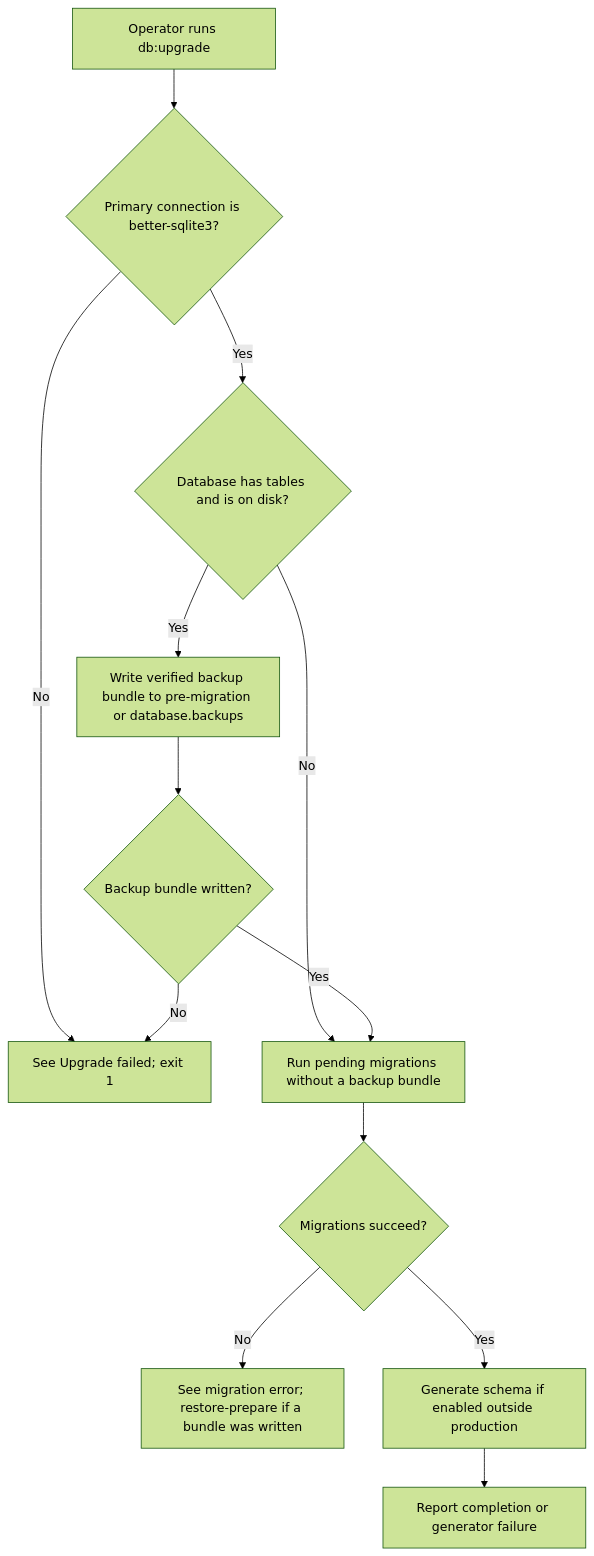
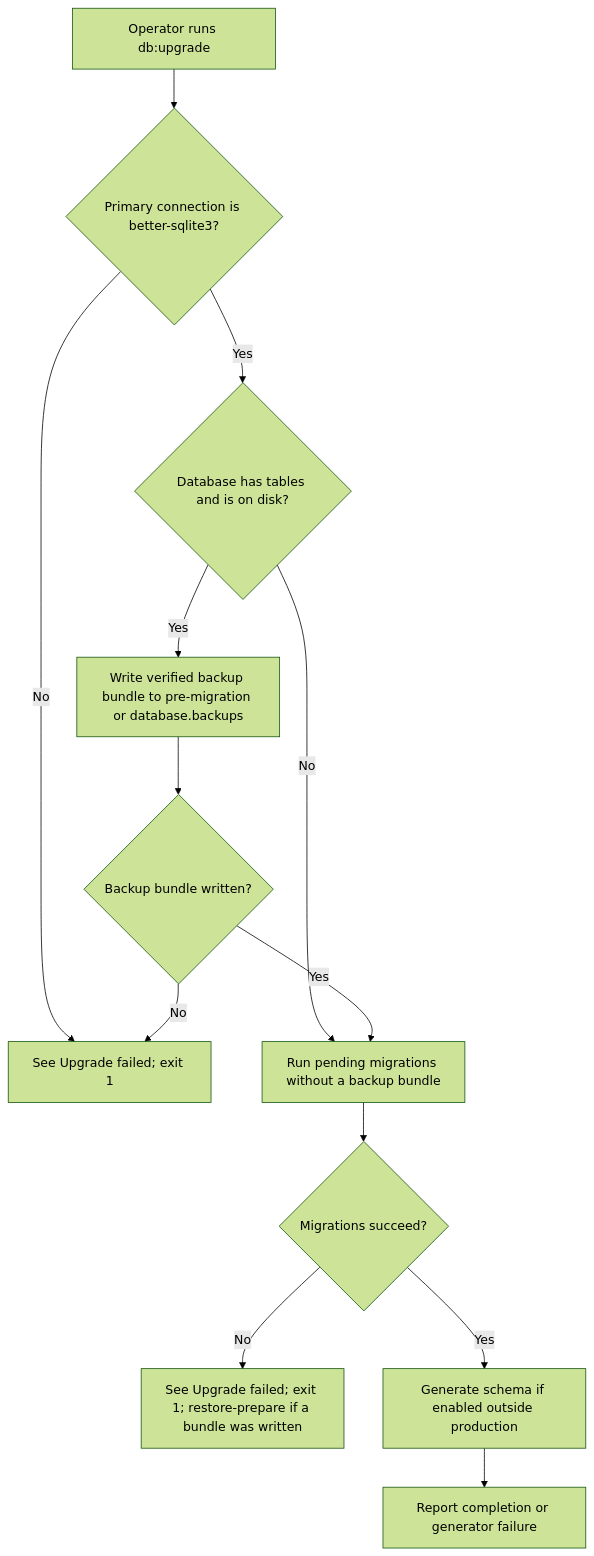
One commit to Kevinjohn/oss-adonisjs-sqlite-backup changed the first of 2 diagrams in user-stories/upgrade-database/us-op-06-upgrade-database.md. Above: the diagram before and after it, drawn with Mermaid (forest theme). The commit also changed other lines of this file and 5 other files, not shown here.

First line of the commit message:
Report a failed db:upgrade migration as one line without a stack trace

````diff
--- a/user-stories/upgrade-database/us-op-06-upgrade-database.md
+++ b/user-stories/upgrade-database/us-op-06-upgrade-database.md
@@ -27,15 +27,15 @@
 ```mermaid
 flowchart TD
     A["Operator runs db:upgrade"] --> B{"Primary connection is better-sqlite3?"}
     B -->|No| C["See Upgrade failed; exit 1"]
     B -->|Yes| D{"Database has tables and is on disk?"}
     D -->|No| G["Run pending migrations without a backup bundle"]
     D -->|Yes| E["Write verified backup bundle to pre-migration or database.backups"]
     E --> F{"Backup bundle written?"}
     F -->|No| C
     F -->|Yes| G
     G --> H{"Migrations succeed?"}
-    H -->|No| I["See migration error; restore-prepare if a bundle was written"]
+    H -->|No| I["See Upgrade failed; exit 1; restore-prepare if a bundle was written"]
     H -->|Yes| J["Generate schema if enabled outside production"]
     J --> K["Report completion or generator failure"]
 ```
````
